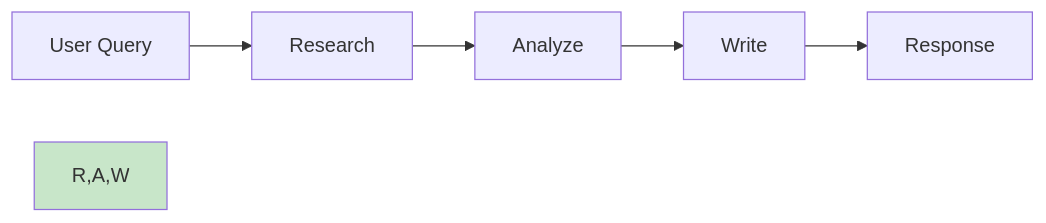
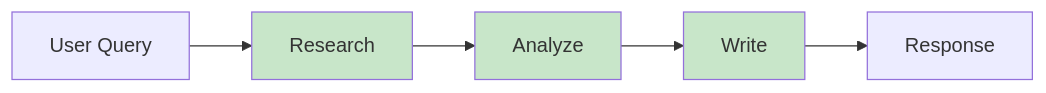
One commit to dbczumar/ops changed the third of 3 diagrams in part1/evolving-trends.qmd. Above: the diagram before and after it, drawn with Mermaid. The commit also changed 6 other files, not shown here.

````diff
--- a/part1/evolving-trends.qmd
+++ b/part1/evolving-trends.qmd
@@ -195,6 +195,8 @@
 ```{mermaid}
 graph LR
     U[User Query] --> R[Research] --> A[Analyze] --> W[Write] --> Resp[Response]
     
-    style R,A,W fill:#c8e6c9
+    style R fill:#c8e6c9
+    style A fill:#c8e6c9
+    style W fill:#c8e6c9
 ```
````
